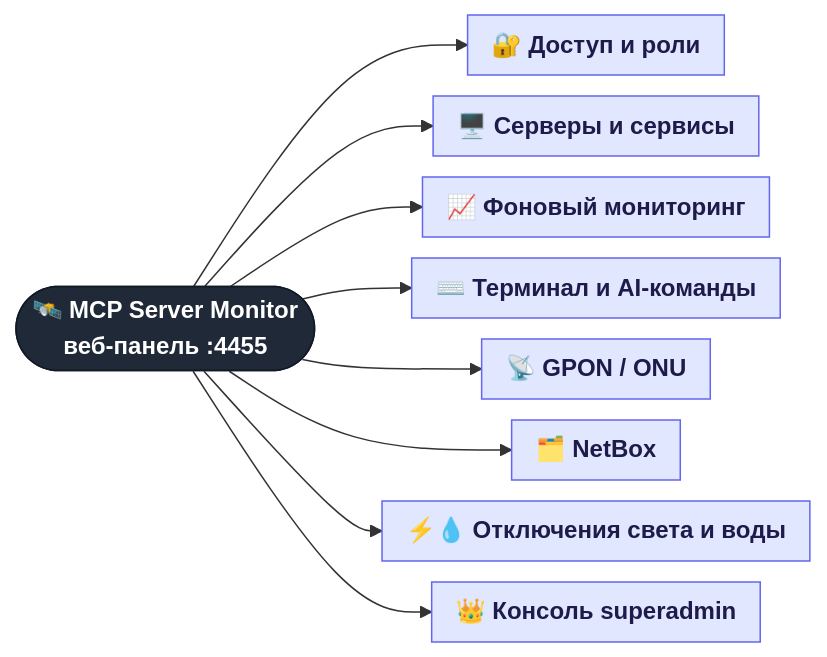
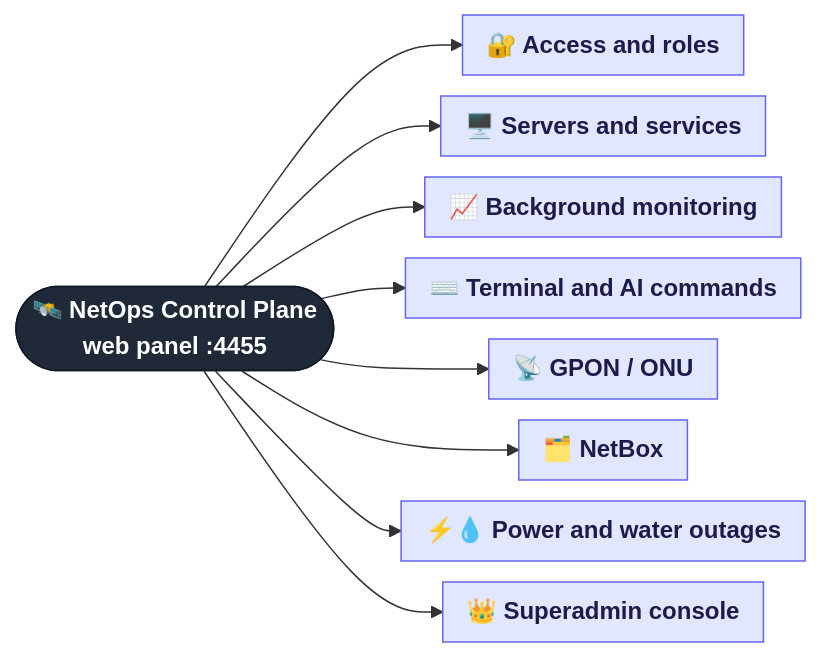
One commit to Madly222/MCPforMonitoring changed the first of 2 diagrams in docs/features/README.md. Above: the diagram before and after it, drawn with Mermaid. The commit also changed other lines of this file and 37 other files, not shown here.

First line of the commit message:
Rename to NetOps Control Plane; rewrite README; English docs; MIT license

````diff
--- a/docs/features/README.md
+++ b/docs/features/README.md
@@ -6,17 +6,17 @@
 ```mermaid
 %%{init: {"flowchart": {"nodeSpacing": 14, "rankSpacing": 45, "curve": "basis", "padding": 8, "wrappingWidth": 260}}}%%
 flowchart LR
-    APP(["🛰️ MCP Server Monitor<br/>веб-панель :4455"]):::root
+    APP(["🛰️ NetOps Control Plane<br/>web panel :4455"]):::root
 
-    APP --> A["🔐 Доступ и роли"]:::group
-    APP --> B["🖥️ Серверы и сервисы"]:::group
-    APP --> C["📈 Фоновый мониторинг"]:::group
-    APP --> D["⌨️ Терминал и AI-команды"]:::group
+    APP --> A["🔐 Access and roles"]:::group
+    APP --> B["🖥️ Servers and services"]:::group
+    APP --> C["📈 Background monitoring"]:::group
+    APP --> D["⌨️ Terminal and AI commands"]:::group
     APP --> E["📡 GPON / ONU"]:::group
     APP --> F["🗂️ NetBox"]:::group
-    APP --> G["⚡💧 Отключения света и воды"]:::group
-    APP --> H["👑 Консоль superadmin"]:::group
+    APP --> G["⚡💧 Power and water outages"]:::group
+    APP --> H["👑 Superadmin console"]:::group
 
     classDef root  fill:#1f2937,stroke:#111827,color:#ffffff,font-weight:bold
     classDef group fill:#e0e7ff,stroke:#6366f1,color:#1e1b4b,font-weight:bold
 ```
````
